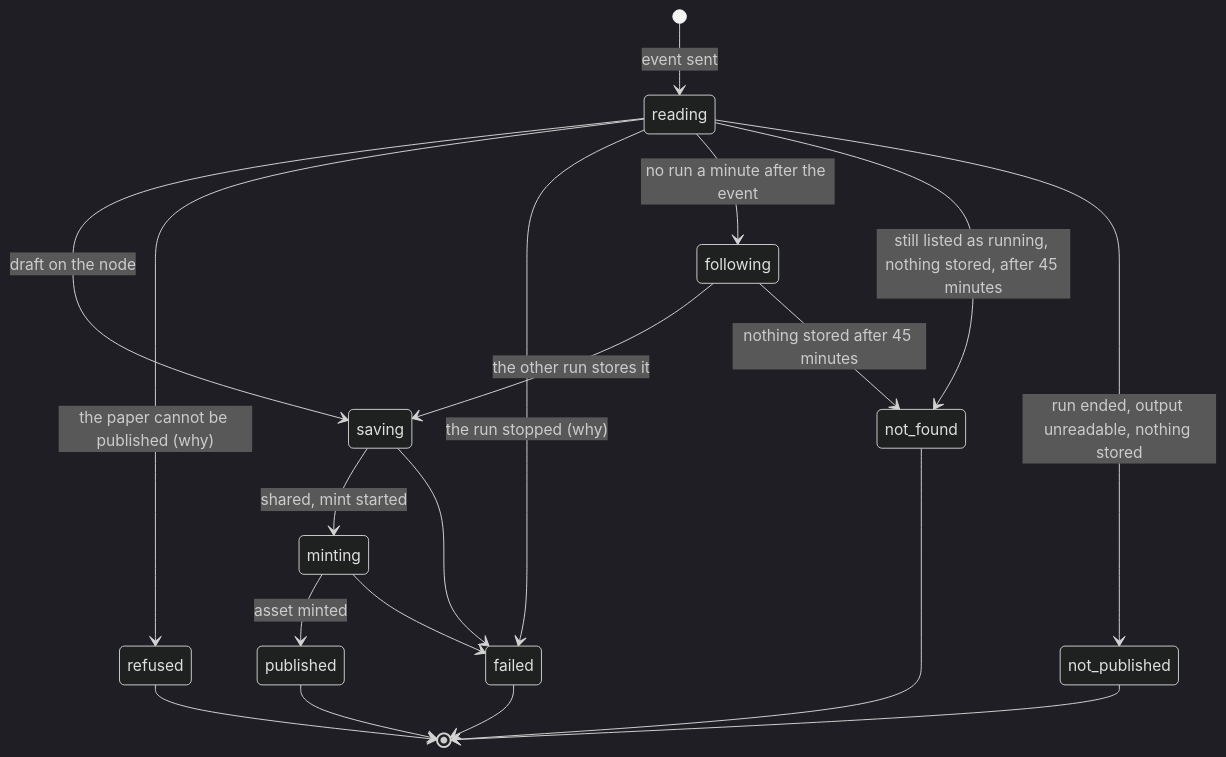
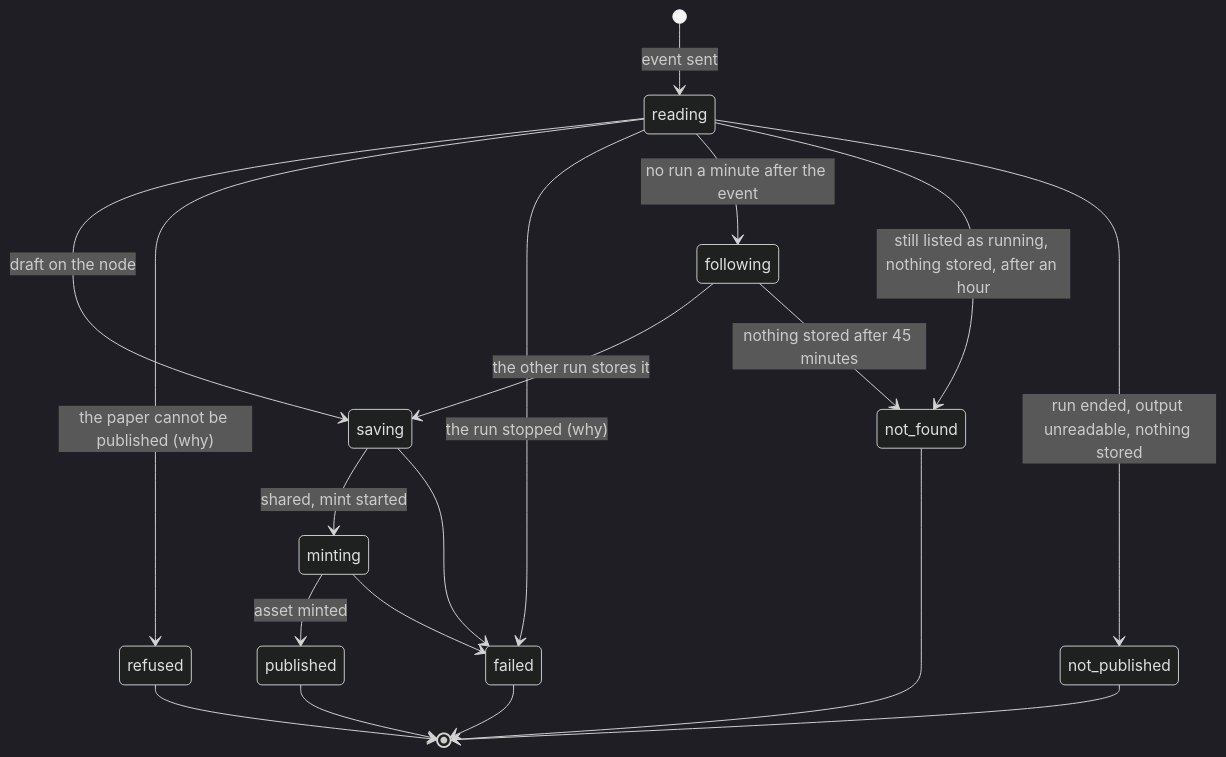
Before and after one commit to SiegfriedBz/verisci: the diagram in apps/web/README.md, drawn with Mermaid (dark theme). The commit also changed other lines of this file and 7 other files, not shown here.

````diff
--- a/apps/web/README.md
+++ b/apps/web/README.md
@@ -42,21 +42,21 @@
 ```mermaid
 stateDiagram-v2
   [*] --> reading: event sent
   reading --> saving: draft on the node
   saving --> minting: shared, mint started
   minting --> published: asset minted
   reading --> refused: the paper cannot be published (why)
   reading --> failed: the run stopped (why)
   saving --> failed
   minting --> failed
   reading --> following: no run a minute after the event
   following --> saving: the other run stores it
   following --> not_found: nothing stored after 45 minutes
-  reading --> not_found: still listed as running, nothing stored, after 45 minutes
+  reading --> not_found: still listed as running, nothing stored, after an hour
   reading --> not_published: run ended, output unreadable, nothing stored
   published --> [*]
   refused --> [*]
   failed --> [*]
   not_found --> [*]
   not_published --> [*]
 ```
````
